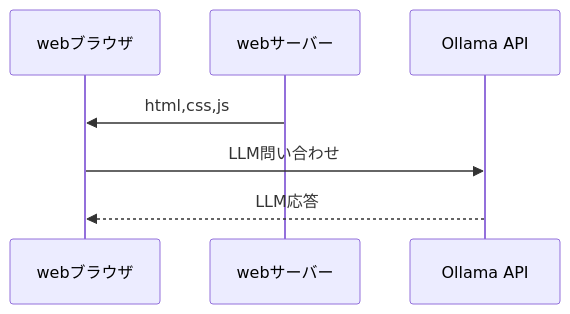
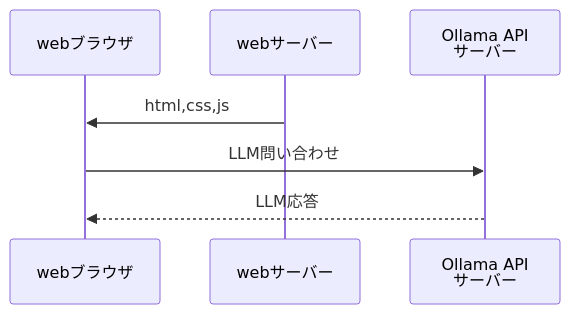
The diagram in README.md (ishii658/20250510_iv-ollama-base), drawn with Mermaid before and after one commit.

Commit message:
README.md シーケンス図追記

````diff
--- a/README.md
+++ b/README.md
@@ -24,10 +24,10 @@
 ```mermaid
 sequenceDiagram
     participant user as webブラウザ
     participant wsrv as webサーバー
-    participant ollama as Ollama API
+    participant ollama as Ollama API<BR>サーバー
 
     wsrv ->> user: html,css,js
     user ->> ollama: LLM問い合わせ
     ollama -->> user: LLM応答
 ```
````
